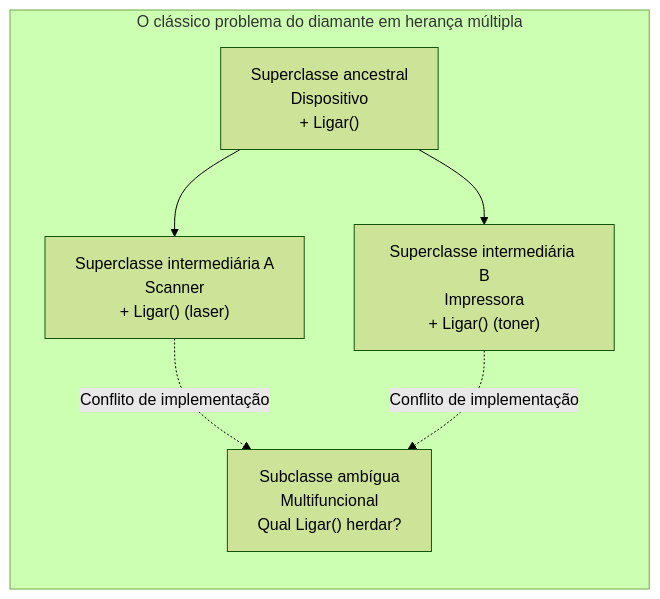
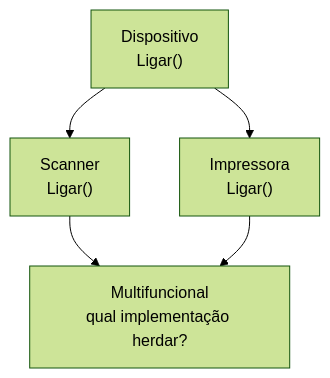
Before and after one commit to leorruas/puc: the fourth of 5 diagrams in 01. Programacao Modular/15. Herança (generalização, especialização e extensibilidade modular).md, drawn with Mermaid (forest theme). The commit also changed other lines of this file, not shown here.

Commit message:
Normaliza Mermaid de herança e composição

````diff
--- a/01. Programacao Modular/15. Herança (generalização, especialização e extensibilidade modular).md
+++ b/01. Programacao Modular/15. Herança (generalização, especialização e extensibilidade modular).md
@@ -219,16 +206,12 @@
 ```mermaid
 flowchart TD
-    subgraph ProblemaDiamante ["O clássico problema do diamante em herança múltipla"]
-        direction TB
+    Dispositivo["Dispositivo<br>Ligar()"]:::core
+    Scanner["Scanner<br>Ligar()"]:::component
+    Impressora["Impressora<br>Ligar()"]:::component
+    Multi["Multifuncional<br>qual implementação herdar?"]:::warning
 
-        Avo["Superclasse ancestral<br>Dispositivo<br>+ Ligar()"]
-        Pai1["Superclasse intermediária A<br>Scanner<br>+ Ligar() (laser)"]
-        Pai2["Superclasse intermediária B<br>Impressora<br>+ Ligar() (toner)"]
-        Filho["Subclasse ambígua<br>Multifuncional<br>Qual Ligar() herdar?"]
-
-        Avo --> Pai1
-        Avo --> Pai2
-        Pai1 -.->|"Conflito de implementação"| Filho
-        Pai2 -.->|"Conflito de implementação"| Filho
-    end
+    Dispositivo --> Scanner
+    Dispositivo --> Impressora
+    Scanner --> Multi
+    Impressora --> Multi
 ```
````
